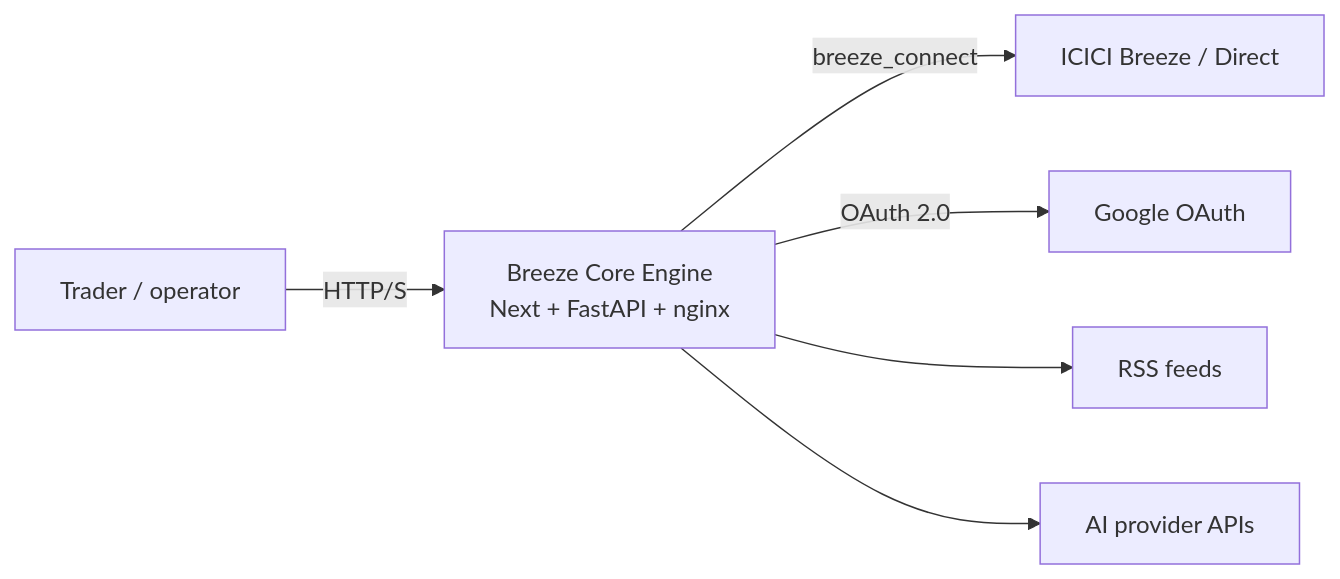
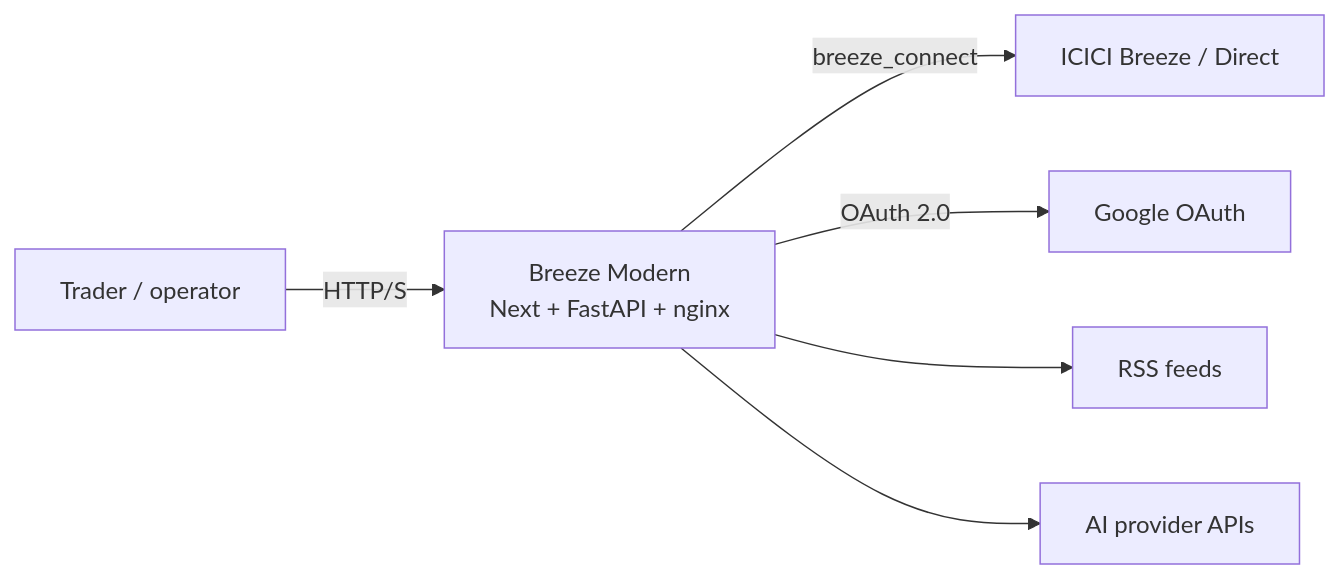
One commit to AmitMhatre-Code/breeze-core-engine changed the first of 3 diagrams in docs/architecture.md. Above: the diagram before and after it, drawn with Mermaid. The commit also changed other lines of this file and 16 other files, not shown here.

````diff
--- a/docs/architecture.md
+++ b/docs/architecture.md
@@ -9,15 +9,15 @@
 ```mermaid
 flowchart LR
   U[Trader / operator]
-  APP[Breeze Core Engine\nNext + FastAPI + nginx]
+  APP[Breeze Modern\nNext + FastAPI + nginx]
   ICICI[ICICI Breeze / Direct]
   GOOG[Google OAuth]
   RSS[RSS feeds]
   AI[AI provider APIs]
 
   U -->|HTTP/S| APP
   APP -->|breeze_connect| ICICI
   APP -->|OAuth 2.0| GOOG
   APP --> RSS
   APP --> AI
 ```
````
